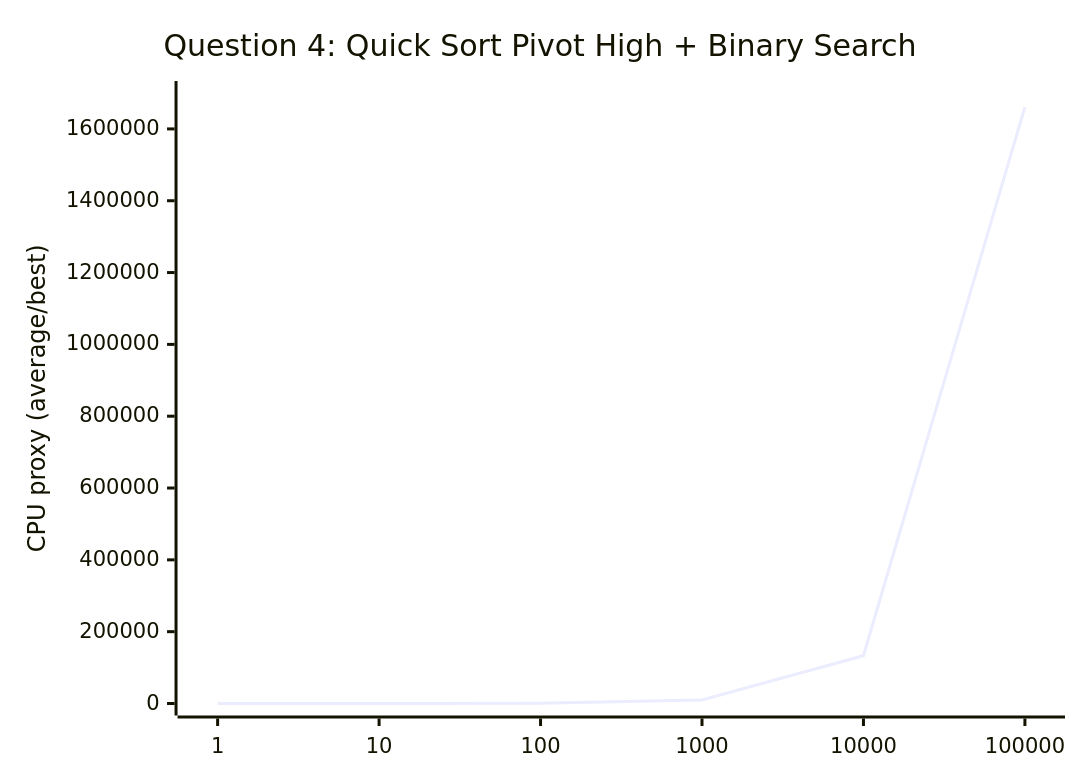
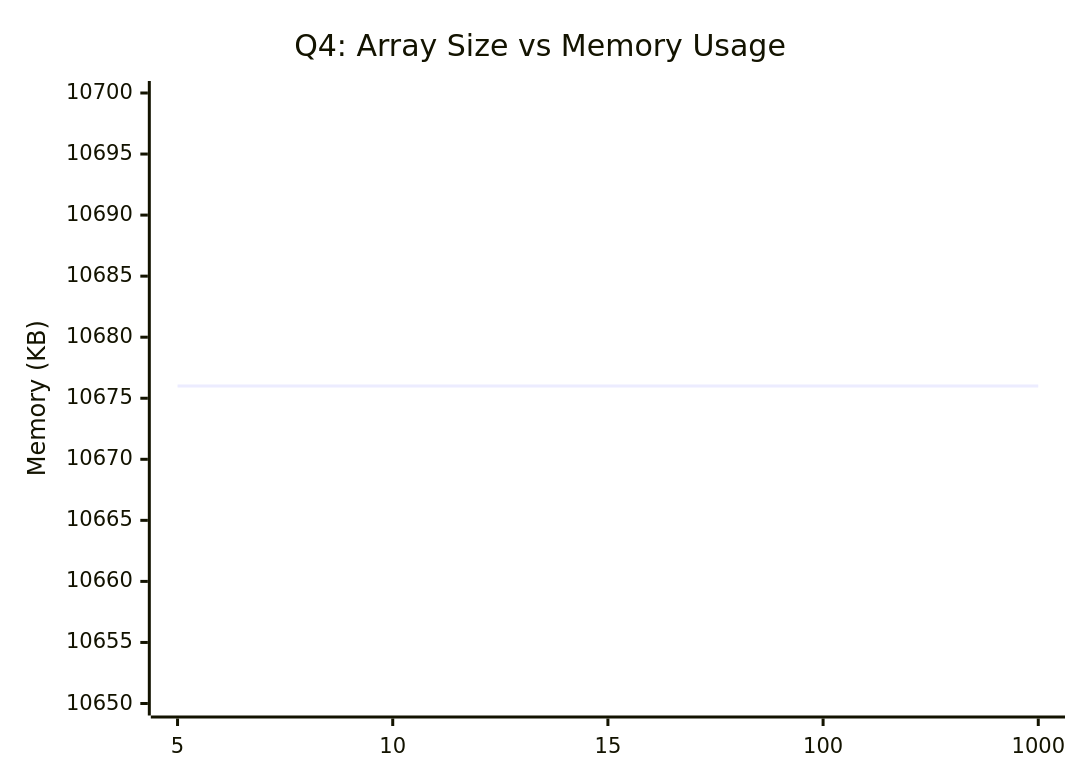
Before and after one commit to Vortex-16/DAA: the eighth of 10 diagrams in BinarySearch(Sorting)/README.md, drawn with Mermaid. The commit also changed other lines of this file, not shown here.

````diff
--- a/BinarySearch(Sorting)/README.md
+++ b/BinarySearch(Sorting)/README.md
@@ -545,7 +559,7 @@
 ```mermaid
 xychart-beta
-    title "Question 4: Quick Sort Pivot High + Binary Search"
-    x-axis ["1", "10", "100", "1000", "10000", "100000"]
-    y-axis "CPU proxy (average/best)" 0 --> 1700000
-    line [1, 38, 671, 9976, 132891, 1660981]
+    title "Q4: Array Size vs Memory Usage"
+    x-axis ["5", "10", "15", "100", "1000"]
+    y-axis "Memory (KB)" 10650 --> 10700
+    line [10676, 10676, 10676, 10676, 10676]
 ```
````
